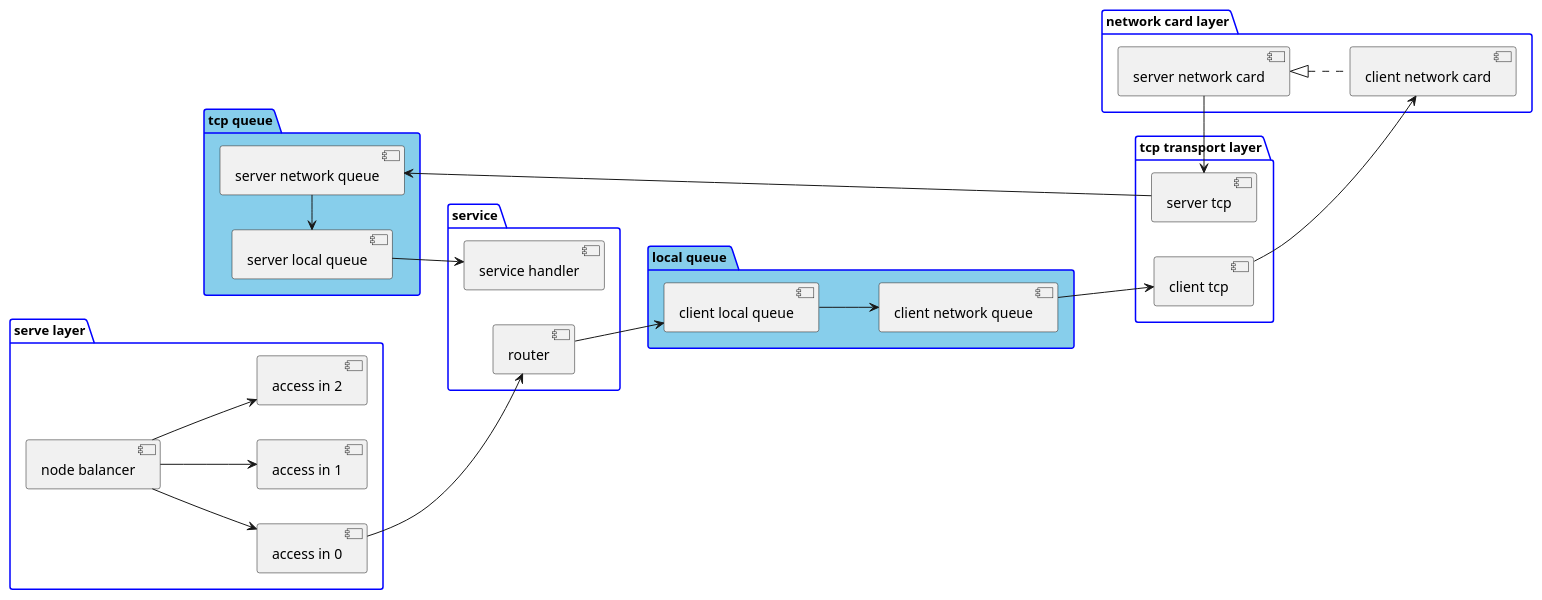
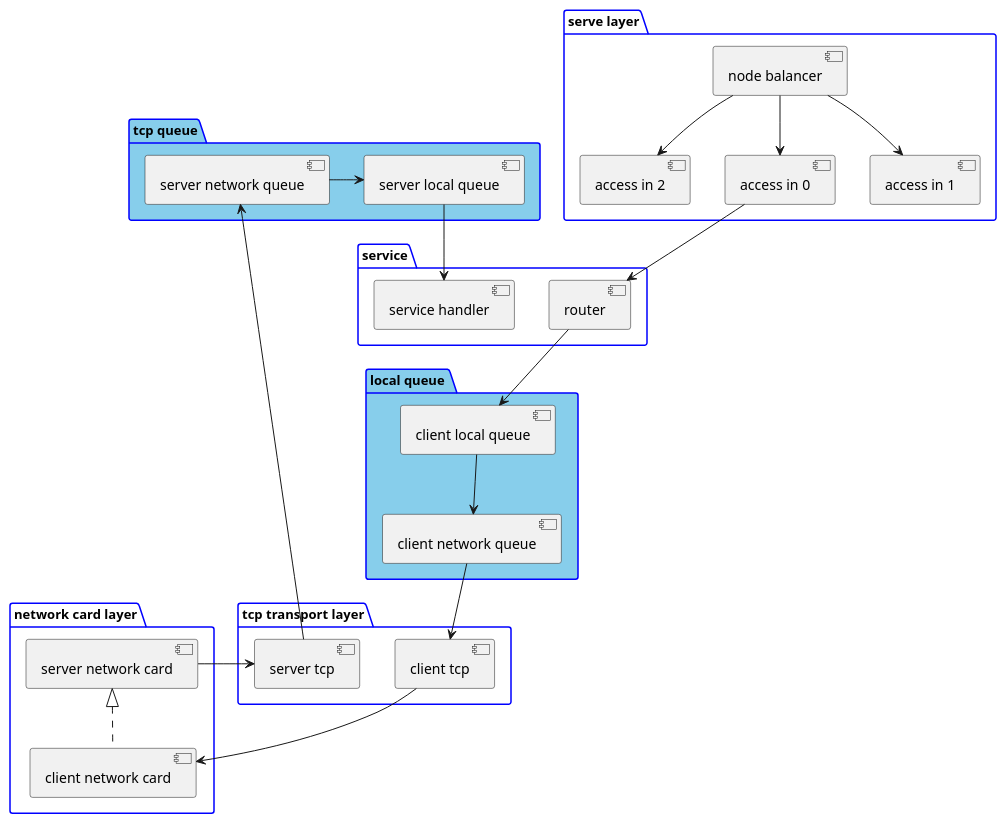
The diagram in README.plantuml (ioperations/leetcode), drawn with PlantUML before and after one commit.

Commit message:
[plantuml] layout

```diff
--- a/README.plantuml
+++ b/README.plantuml
@@ -1,60 +1,59 @@
 @startuml RPC 
-left to right direction
 
 package "serve layer" {
   [node balancer]
   [access in 0]
   [access in 1]
   [access in 2]
 
   [node balancer] --> [access in 0]
   [node balancer] --> [access in 1]
   [node balancer] --> [access in 2]
 }
 
 skinparam package{
     FontSize 13
     BorderColor blue
 }
 
 package "service" {
   [service handler]
   [router] 
 }
 
 package "local queue " #skyblue {
   [client local queue] 
   [client network queue]
 }
 
 package "tcp queue" #skyblue {
   [server network queue] 
   [server local queue]
 }
 
 package "network card layer"{
 [client network card]
 [server network card]
 }
 
 package "tcp transport layer" {
   [client tcp]
   [server tcp]
 }
 
 [router] --> [client local queue]
 [client local queue] --> [client network queue] 
 [client network queue] --> [client tcp]
 [client tcp] --> [client network card] 
 [client network card] .up.|> [server network card] 
 
 
 [server network card] -left-> [server tcp]
 [server tcp] -left-> [server network queue]
 [server network queue] -left-> [server local queue]
 [server local queue] --> [service handler]
 
 [access in 0] --> [router]
 
 
 @enduml
```
